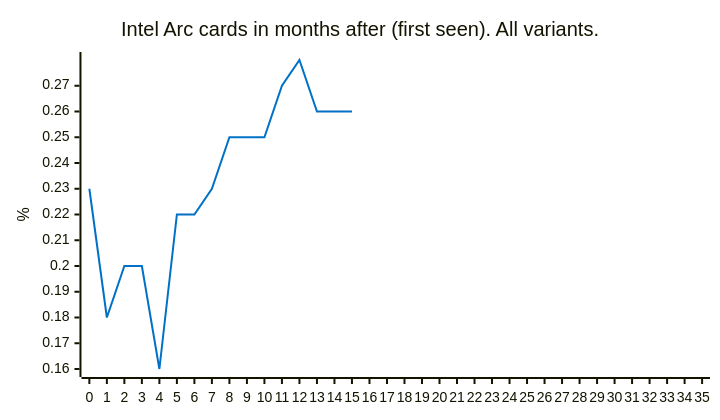
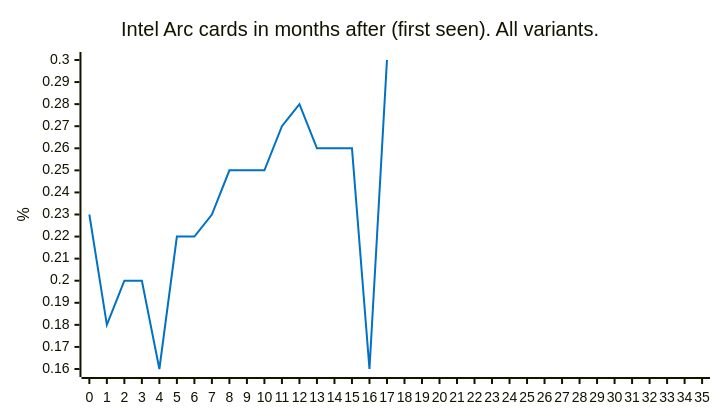
One commit to jdegene/steamHWsurvey changed diagram 11 of 31 in README.md. Above: the diagram before and after it, drawn with Mermaid. The commit also changed other lines of this file and 3 other files, not shown here.

````diff
--- a/README.md
+++ b/README.md
@@ -378,20 +378,20 @@
 ```mermaid
 ---
 config:
     xyChart:
         width: 700
         height: 400
         
     themeVariables:
         xyChart:
             plotColorPalette: "#0071C5"
 
 --- 
 
 
 xychart-beta
     title "Intel Arc cards in months after (first seen). All variants."
     x-axis[0, 1, 2, 3, 4, 5, 6, 7, 8, 9, 10, 11, 12, 13, 14, 15, 16, 17, 18, 19, 20, 21, 22, 23, 24, 25, 26, 27, 28, 29, 30, 31, 32, 33, 34, 35]
     y-axis "%" 
-    line [0.22999999999999998, 0.18, 0.2, 0.2, 0.16, 0.22, 0.22, 0.22999999999999998, 0.25, 0.25, 0.25, 0.27, 0.27999999999999997, 0.26, 0.26, 0.26]
+    line [0.22999999999999998, 0.18, 0.2, 0.2, 0.16, 0.22, 0.22, 0.22999999999999998, 0.25, 0.25, 0.25, 0.27, 0.27999999999999997, 0.26, 0.26, 0.26, 0.16, 0.3]
 ``` 
````
